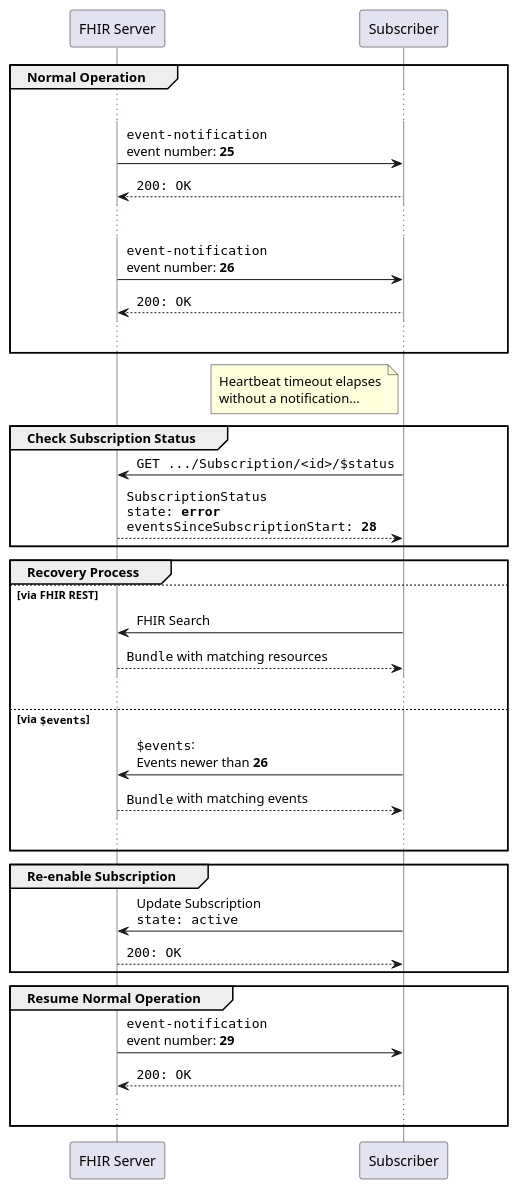
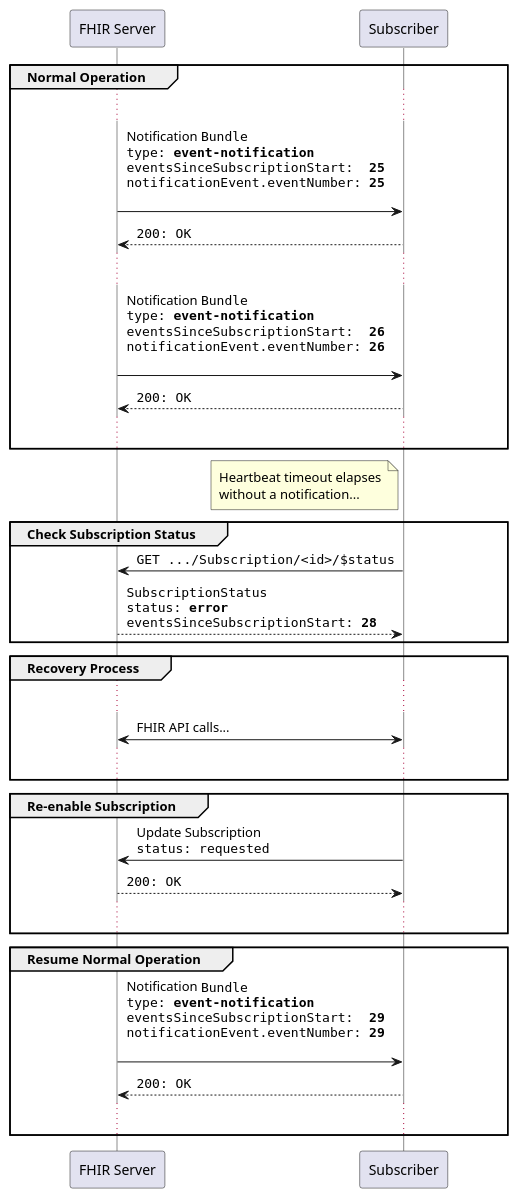
One commit to HL7/fhir-subscription-backport-ig changed the diagram in input/images-source/error-no-communication.plantuml. Above: the diagram before and after it, drawn with PlantUML. The commit also changed 17 other files, not shown here.

```diff
--- a/input/images-source/error-no-communication.plantuml
+++ b/input/images-source/error-no-communication.plantuml
@@ -1,53 +1,47 @@
 @startuml
 skinparam NoteTextAlignment left
 skinparam Padding 2
 skinparam ParticipantPadding 50
 skinparam LifelineStrategy solid
 
 participant "FHIR Server" as S
 participant Subscriber    as C
 
 group Normal Operation
   ...
-  S -> C: ""event-notification""\nevent number: **25**
+  S -> C: Notification ""Bundle""\n""type: **event-notification**""\n""eventsSinceSubscriptionStart:  **25**""\n""notificationEvent.eventNumber: **25**""\n
   return ""200: OK""
   ...
-  S -> C: ""event-notification""\nevent number: **26**
+  S -> C: Notification ""Bundle""\n""type: **event-notification**""\n""eventsSinceSubscriptionStart:  **26**""\n""notificationEvent.eventNumber: **26**""\n
   return ""200: OK""
   ...
 end
 
 note left of C
   Heartbeat timeout elapses
   without a notification...
 end note
 
 group Check Subscription Status
   C -> S: ""GET .../Subscription/<id>/$status""
-  return ""SubscriptionStatus""\n""state: **error**""\n""eventsSinceSubscriptionStart: **28**""
+  return ""SubscriptionStatus""\n""status: **error**""\n""eventsSinceSubscriptionStart: **28**""
 end
 
 group Recovery Process
-else via FHIR REST
-  C -> S: FHIR Search
-  return ""Bundle"" with matching resources
   ...
-else via ""$events""
-  C -> S: ""$events"":\nEvents newer than **26**
-  return ""Bundle"" with matching events
+  C <-> S: FHIR API calls...
   ...
-
 end
 
 group Re-enable Subscription
-  C -> S:Update Subscription\n""state: active""
-  return ""200: OK""
-end
-
-group Resume Normal Operation
-  S -> C: ""event-notification""\nevent number: **29**
+  C -> S:Update Subscription\n""status: requested""
   return ""200: OK""
   ...
 end
 
+group Resume Normal Operation
+  S -> C: Notification ""Bundle""\n""type: **event-notification**""\n""eventsSinceSubscriptionStart:  **29**""\n""notificationEvent.eventNumber: **29**""\n
+  return ""200: OK""
+  ...
+end
 @enduml
```
